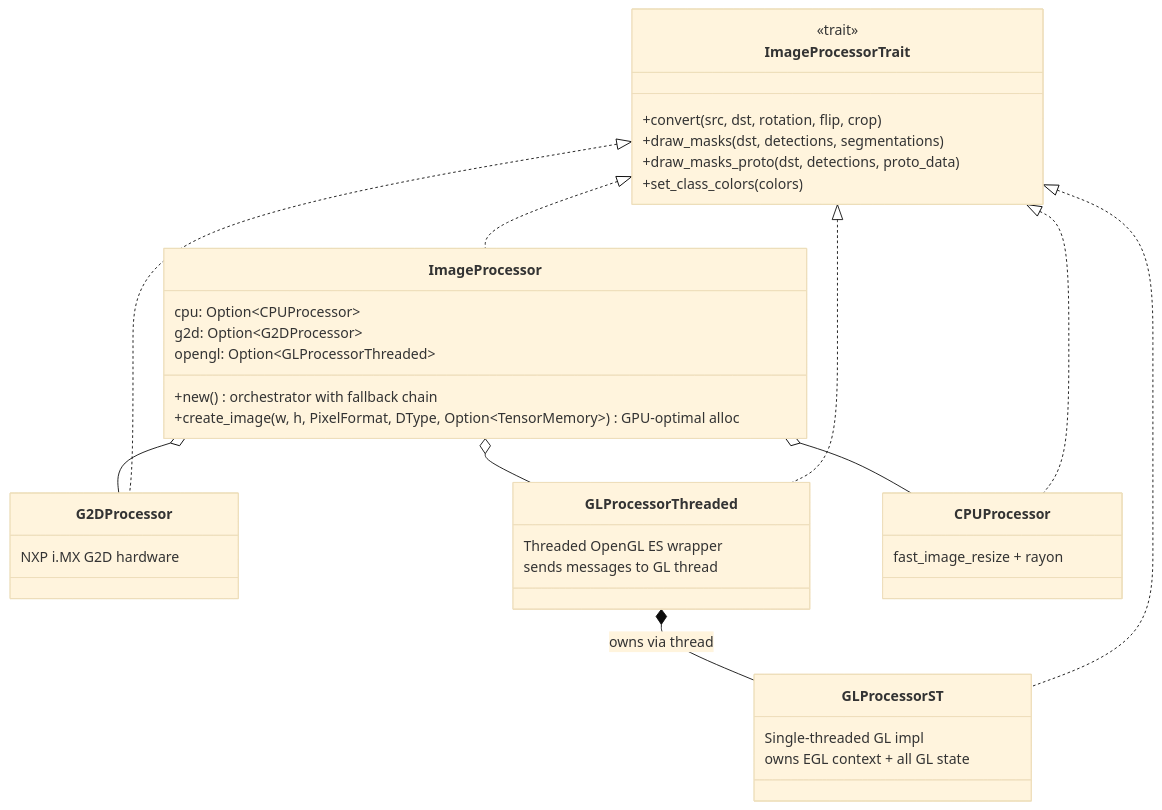
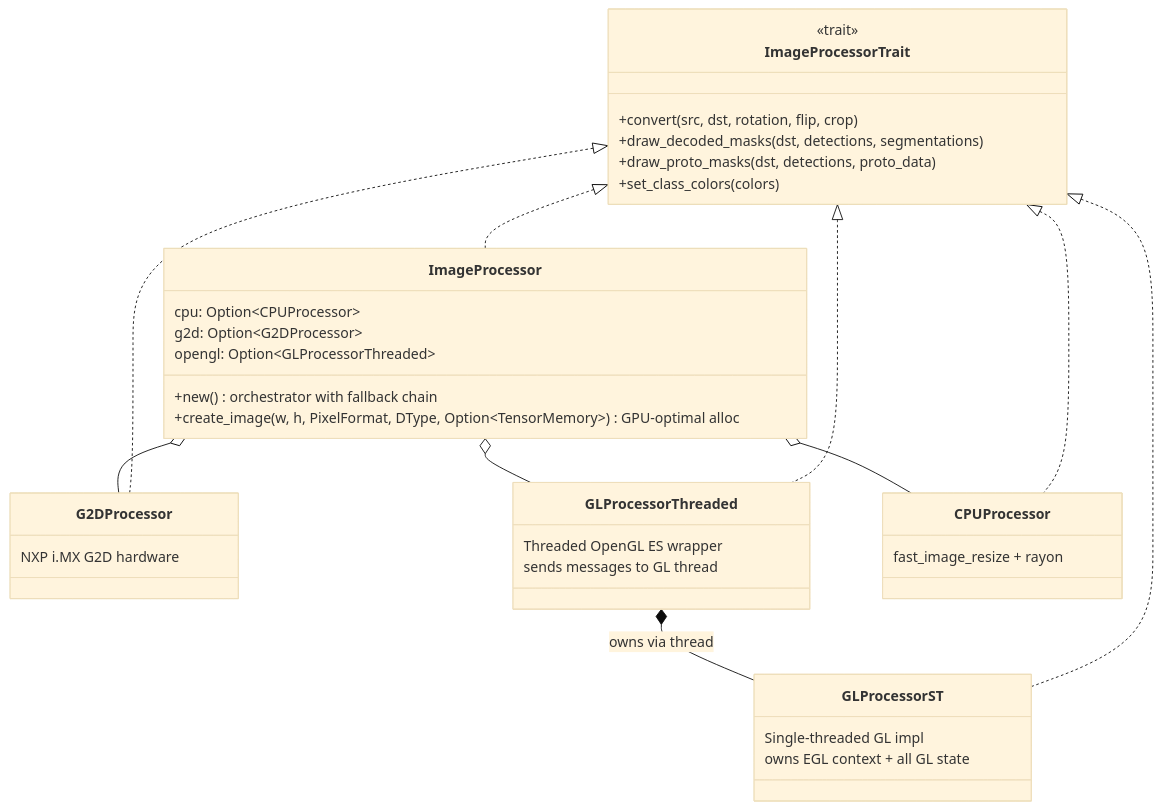
The fourth of 12 diagrams in ARCHITECTURE.md (EdgeFirstAI/hal), drawn with Mermaid (base theme) before and after one commit. The commit also changed other lines of this file and 8 other files, not shown here.

````diff
--- a/ARCHITECTURE.md
+++ b/ARCHITECTURE.md
@@ -156,46 +156,46 @@
 ```mermaid
 classDiagram
     class ImageProcessorTrait {
         <<trait>>
         +convert(src, dst, rotation, flip, crop)
-        +draw_masks(dst, detections, segmentations)
-        +draw_masks_proto(dst, detections, proto_data)
+        +draw_decoded_masks(dst, detections, segmentations)
+        +draw_proto_masks(dst, detections, proto_data)
         +set_class_colors(colors)
     }
 
     class ImageProcessor {
         cpu: Option~CPUProcessor~
         g2d: Option~G2DProcessor~
         opengl: Option~GLProcessorThreaded~
         +new() orchestrator with fallback chain
         +create_image(w, h, PixelFormat, DType, Option~TensorMemory~) GPU-optimal alloc
     }
 
     class G2DProcessor {
         NXP i.MX G2D hardware
     }
 
     class GLProcessorThreaded {
         Threaded OpenGL ES wrapper
         sends messages to GL thread
     }
 
     class GLProcessorST {
         Single-threaded GL impl
         owns EGL context + all GL state
     }
 
     class CPUProcessor {
         fast_image_resize + rayon
     }
 
     ImageProcessorTrait <|.. ImageProcessor
     ImageProcessorTrait <|.. G2DProcessor
     ImageProcessorTrait <|.. GLProcessorThreaded
     ImageProcessorTrait <|.. GLProcessorST
     ImageProcessorTrait <|.. CPUProcessor
     ImageProcessor o-- G2DProcessor
     ImageProcessor o-- GLProcessorThreaded
     ImageProcessor o-- CPUProcessor
     GLProcessorThreaded *-- GLProcessorST : owns via thread
 ```
````
